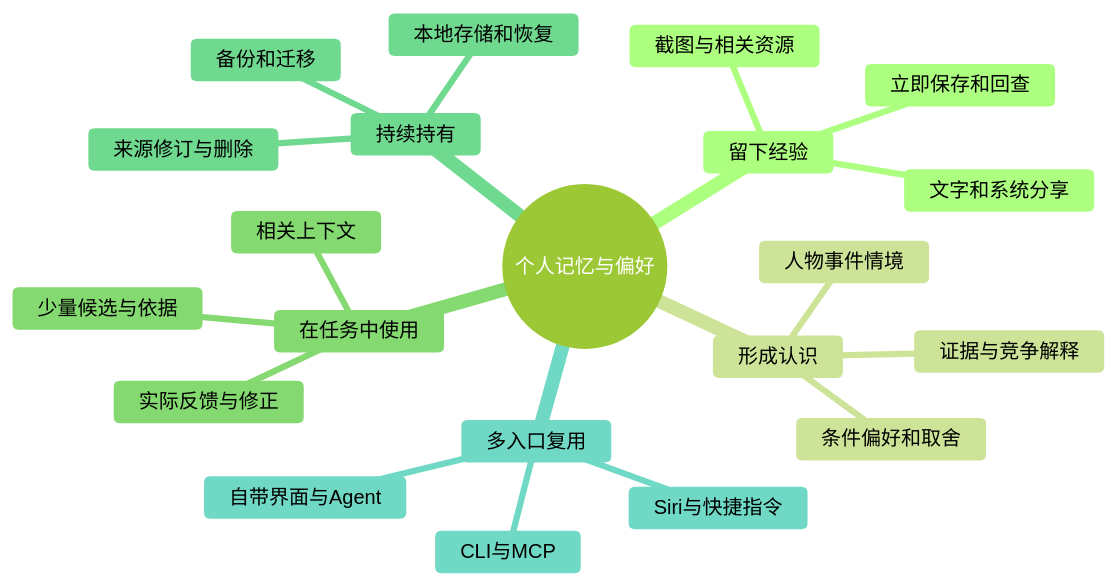
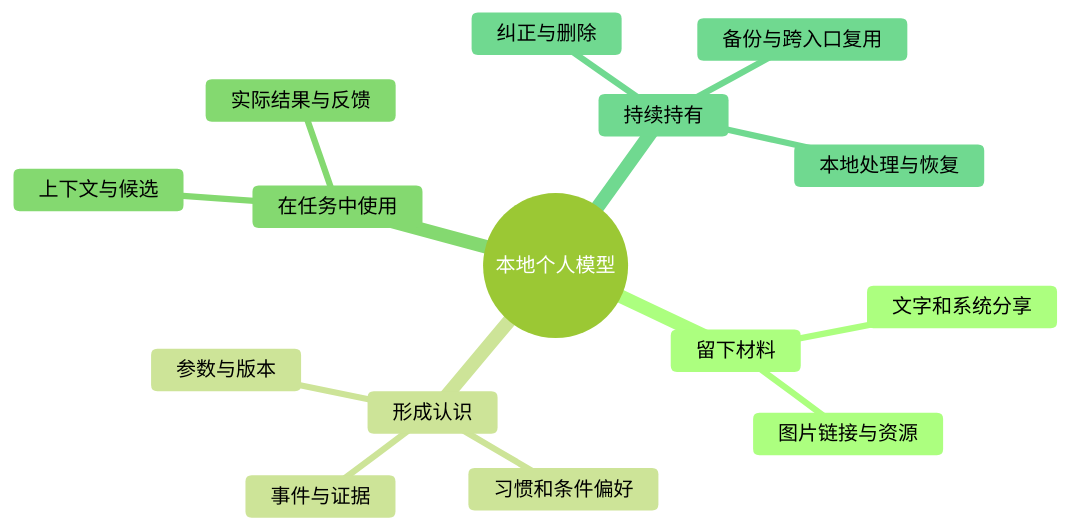
Before and after one commit to 155TuT/2601-fzu-SoftwareEngineering-YuezhongWu: the first of 3 diagrams in homework/team/task5/ans/prd.md, drawn with Mermaid (forest theme). The commit also changed other lines of this file and 1 other file, not shown here.

````diff
--- a/homework/team/task5/ans/prd.md
+++ b/homework/team/task5/ans/prd.md
@@ -119,24 +78,18 @@
 ```mermaid
 mindmap
-  root((个人记忆与偏好))
-    留下经验
+  root((本地个人模型))
+    留下材料
       文字和系统分享
-      截图与相关资源
-      立即保存和回查
+      图片链接与资源
     形成认识
-      人物事件情境
-      证据与竞争解释
-      条件偏好和取舍
+      事件与证据
+      习惯和条件偏好
+      参数与版本
     在任务中使用
-      相关上下文
-      少量候选与依据
-      实际反馈与修正
+      上下文与候选
+      实际结果与反馈
     持续持有
-      本地存储和恢复
-      来源修订与删除
-      备份和迁移
-    多入口复用
-      自带界面与Agent
-      Siri与快捷指令
-      CLI与MCP
+      纠正与删除
+      本地处理与恢复
+      备份与跨入口复用
 ```
````
